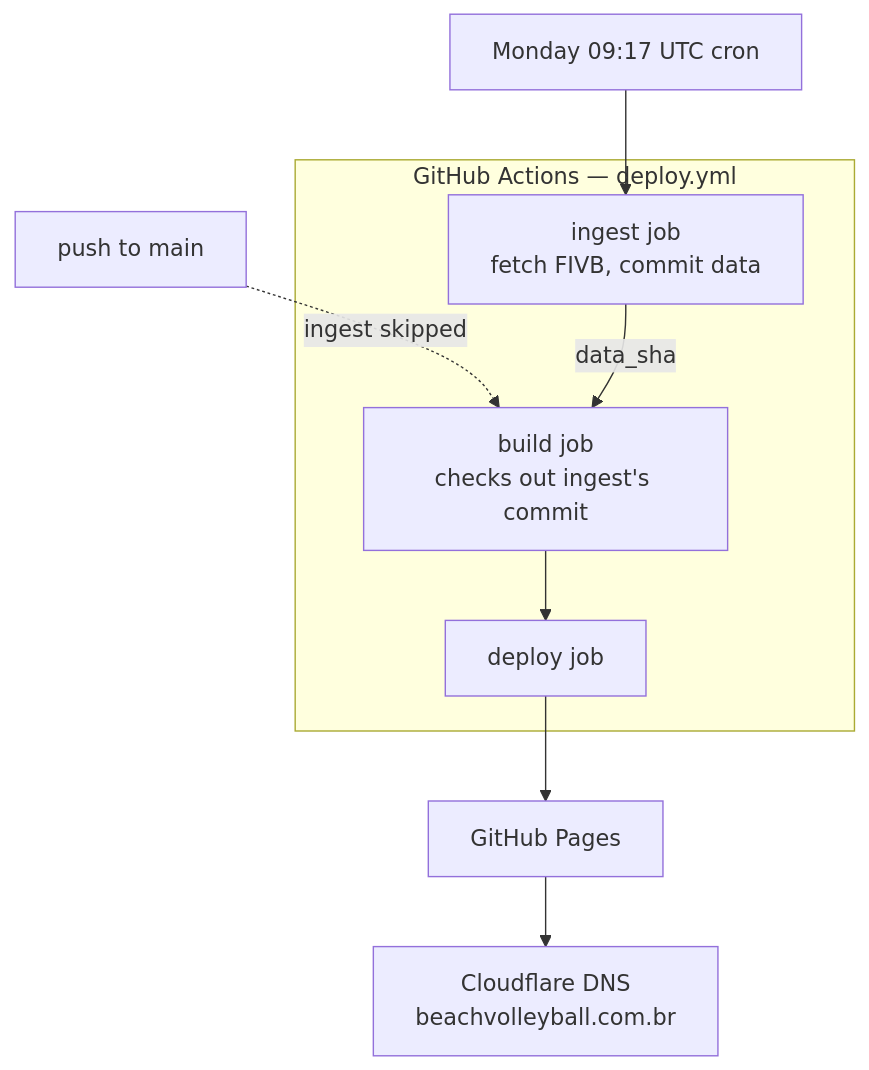
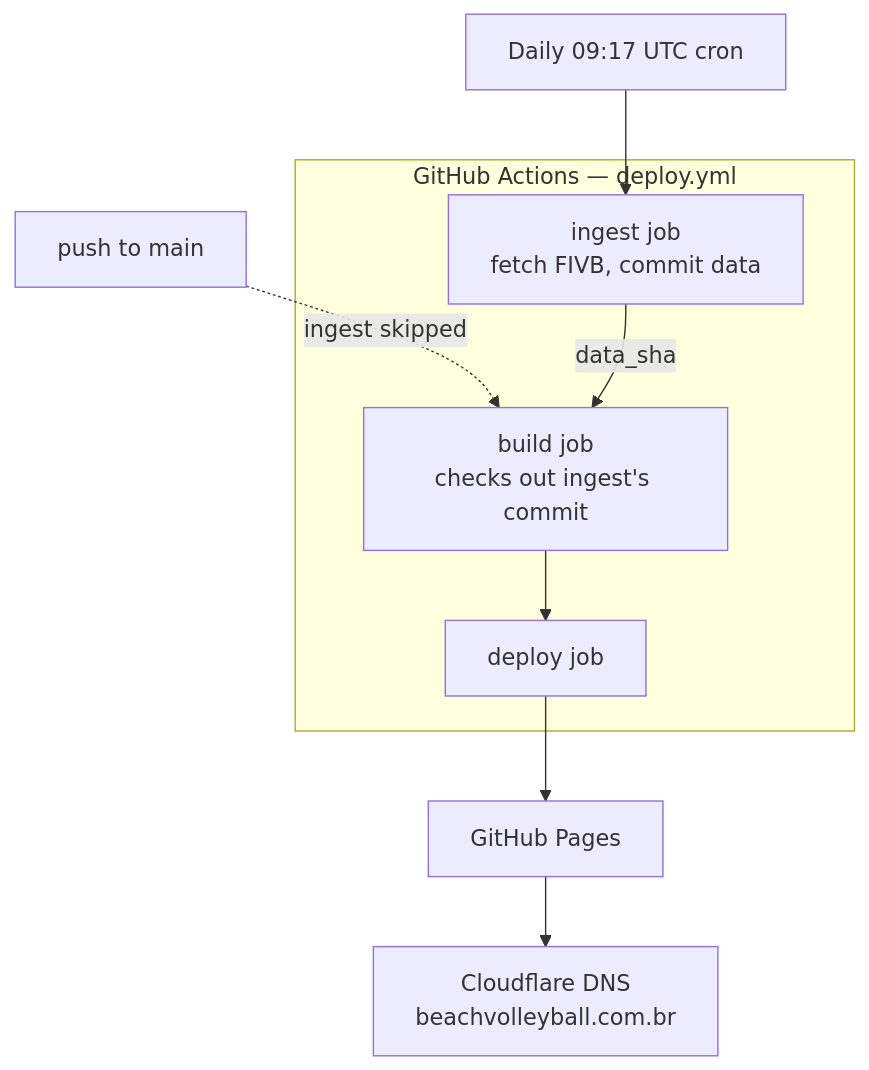
One commit to eduardopicado/beachvolleyballgraph changed the fourth of 4 diagrams in docs/architecture.md. Above: the diagram before and after it, drawn with Mermaid. The commit also changed 7 other files, not shown here.

````diff
--- a/docs/architecture.md
+++ b/docs/architecture.md
@@ -190,15 +190,15 @@
 ```mermaid
 flowchart TD
-  CRON["Monday 09:17 UTC cron"] --> ING
+  CRON["Daily 09:17 UTC cron"] --> ING
   PUSH["push to main"] -.->|"ingest skipped"| BUILD
 
   subgraph gha["GitHub Actions — deploy.yml"]
     ING["ingest job<br/>fetch FIVB, commit data"]
     BUILD["build job<br/>checks out ingest's commit"]
     DEP["deploy job"]
     ING -->|data_sha| BUILD --> DEP
   end
 
   DEP --> PAGES["GitHub Pages"]
   PAGES --> CF["Cloudflare DNS<br/>beachvolleyball.com.br"]
 ```
````
